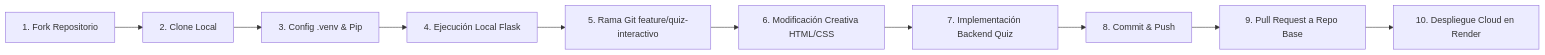
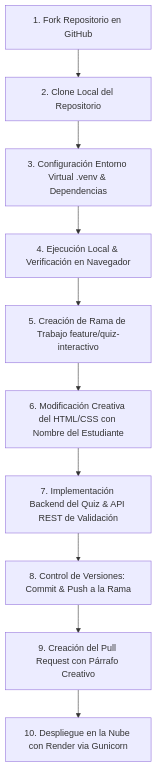
The diagram in README.md (aescobar16/P2_ParcialFeibert), drawn with Mermaid before and after one commit. The commit also changed other lines of this file and 1 other file, not shown here.

Commit message:
docs & feat: actualizar nombre a Andres Felipe Escobar Patino y consolidar formato de entrega

````diff
--- a/README.md
+++ b/README.md
@@ -97,12 +127,12 @@
 ```mermaid
-flowchart LR
-    A[1. Fork Repositorio] --> B[2. Clone Local]
-    B --> C[3. Config .venv & Pip]
-    C --> D[4. Ejecución Local Flask]
-    D --> E[5. Rama Git feature/quiz-interactivo]
-    E --> F[6. Modificación Creativa HTML/CSS]
-    F --> G[7. Implementación Backend Quiz]
-    G --> H[8. Commit & Push]
-    H --> I[9. Pull Request a Repo Base]
-    I --> J[10. Despliegue Cloud en Render]
+flowchart TD
+    A[1. Fork Repositorio en GitHub] --> B[2. Clone Local del Repositorio]
+    B --> C[3. Configuración Entorno Virtual .venv & Dependencias]
+    C --> D[4. Ejecución Local & Verificación en Navegador]
+    D --> E[5. Creación de Rama de Trabajo feature/quiz-interactivo]
+    E --> F[6. Modificación Creativa del HTML/CSS con Nombre del Estudiante]
+    F --> G[7. Implementación Backend del Quiz & API REST de Validación]
+    G --> H[8. Control de Versiones: Commit & Push a la Rama]
+    H --> I[9. Creación del Pull Request con Párrafo Creativo]
+    I --> J[10. Despliegue en la Nube con Render via Gunicorn]
 ```
````
